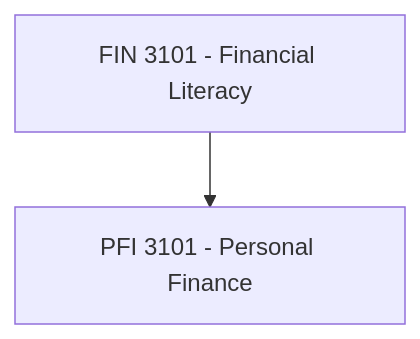
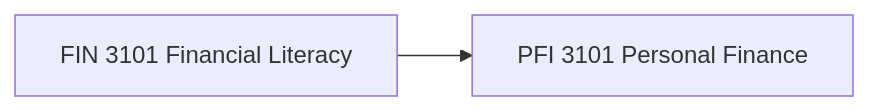
One commit to RIAHPathway/Website-Draft changed diagram 13 of 29 in RIAH-PATHWAY-CURRICULUM-STRUCTURE/RIAH-PATHWAY-HIGH-SCHOOL-STRUCTURE/HIGH-SCHOOL-STRUCTURE.md. Above: the diagram before and after it, drawn with Mermaid. The commit also changed other lines of this file, not shown here.

Commit message:
Match High School Mermaid diagrams to repository working syntax

````diff
--- a/RIAH-PATHWAY-CURRICULUM-STRUCTURE/RIAH-PATHWAY-HIGH-SCHOOL-STRUCTURE/HIGH-SCHOOL-STRUCTURE.md
+++ b/RIAH-PATHWAY-CURRICULUM-STRUCTURE/RIAH-PATHWAY-HIGH-SCHOOL-STRUCTURE/HIGH-SCHOOL-STRUCTURE.md
@@ -584,4 +584,4 @@
 ```mermaid
-graph TD;
-    N0["FIN 3101 - Financial Literacy"] --> N1["PFI 3101 - Personal Finance"];
+graph LR
+    N0["FIN 3101 Financial Literacy"] --> N1["PFI 3101 Personal Finance"]
 ```
````
